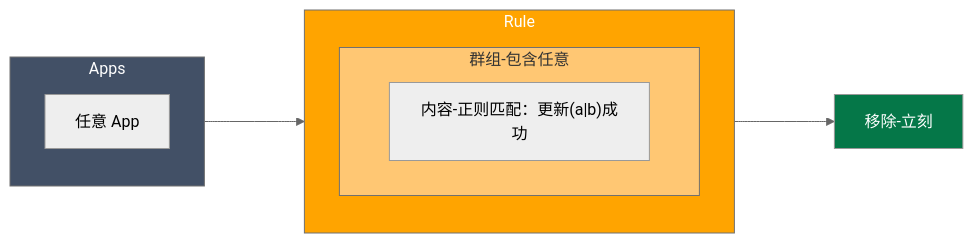
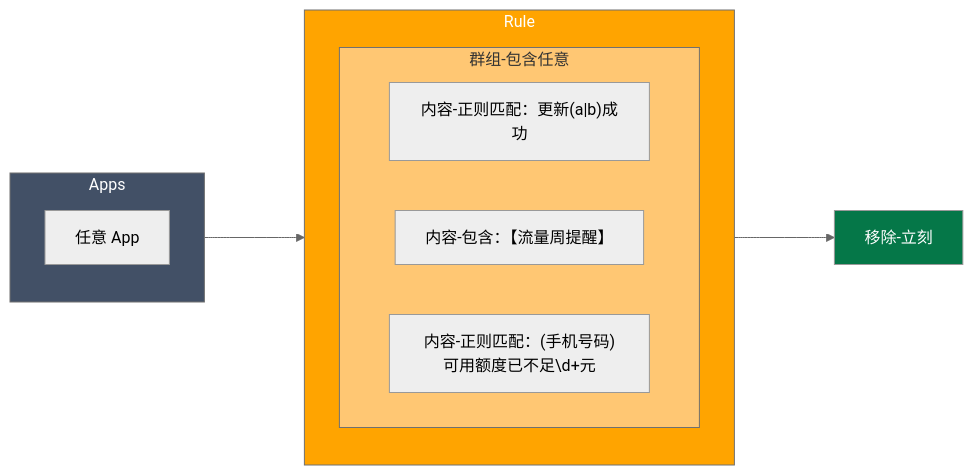
One commit to dmscode/wo.zji.me changed the first of 3 diagrams in Notes/Workflow/Android通知处理规则.md. Above: the diagram before and after it, drawn with Mermaid (neutral theme). The commit also changed other lines of this file, not shown here.

````diff
--- a/Notes/Workflow/Android通知处理规则.md
+++ b/Notes/Workflow/Android通知处理规则.md
@@ -10,28 +10,32 @@
 ```mermaid
 flowchart LR
 
 %% 通知来源
 subgraph Apps
   any[任意 App]
 end
 
 %% 通知规则
 subgraph Rule
   subgraph Group[群组-包含任意]
     %% 某猫猫的规则自动更新，a、b 是规则的名称
     1["内容-正则匹配：更新(a|b)成功"]
+    %% 中国移动的流量短信，周提醒是例行提醒，如果真的用超了是会有其他提醒的，所以不看也罢
+    2["内容-包含：【流量周提醒】"]
+    %% 联通的余额提醒太频繁了
+    3["内容-正则匹配：(手机号码)可用额度已不足\d+元"]
   end
 end
 
 %% 通知处理
 Do[移除-立刻]
 
 %% 连线
 Apps ---> Rule ---> Do
 
 %% 节点样式
 style Apps fill:#425066,color:#FFF
 style Rule fill:#ffa400,color:#FFF
 style Group fill:#ffc773,color:#333
 style Do fill:#057748,color:#FFF
 ```
````
